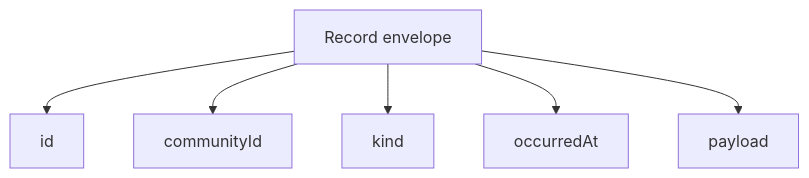
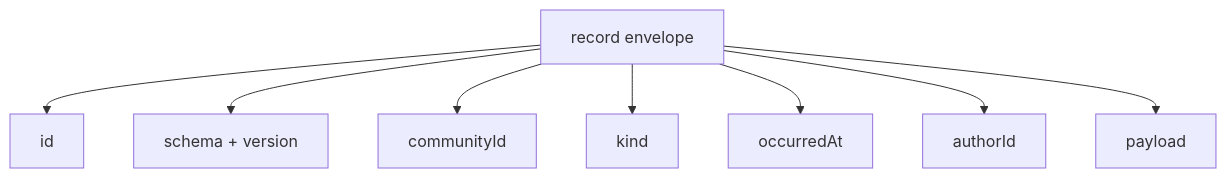
The first of 2 diagrams in docs/education/22-record-envelope.md (matthewlovestocode/peer-hours), drawn with Mermaid before and after one commit. The commit also changed other lines of this file and 62 other files, not shown here.

````diff
--- a/docs/education/22-record-envelope.md
+++ b/docs/education/22-record-envelope.md
@@ -15,8 +5,10 @@
 ```mermaid
 flowchart TB
-  E["Record envelope"] --> I["id"]
-  E --> C["communityId"]
-  E --> K["kind"]
-  E --> T["occurredAt"]
-  E --> P["payload"]
+  E["record envelope"] --> I[id]
+  E --> S["schema + version"]
+  E --> C[communityId]
+  E --> K[kind]
+  E --> T[occurredAt]
+  E --> A[authorId]
+  E --> P[payload]
 ```
````
